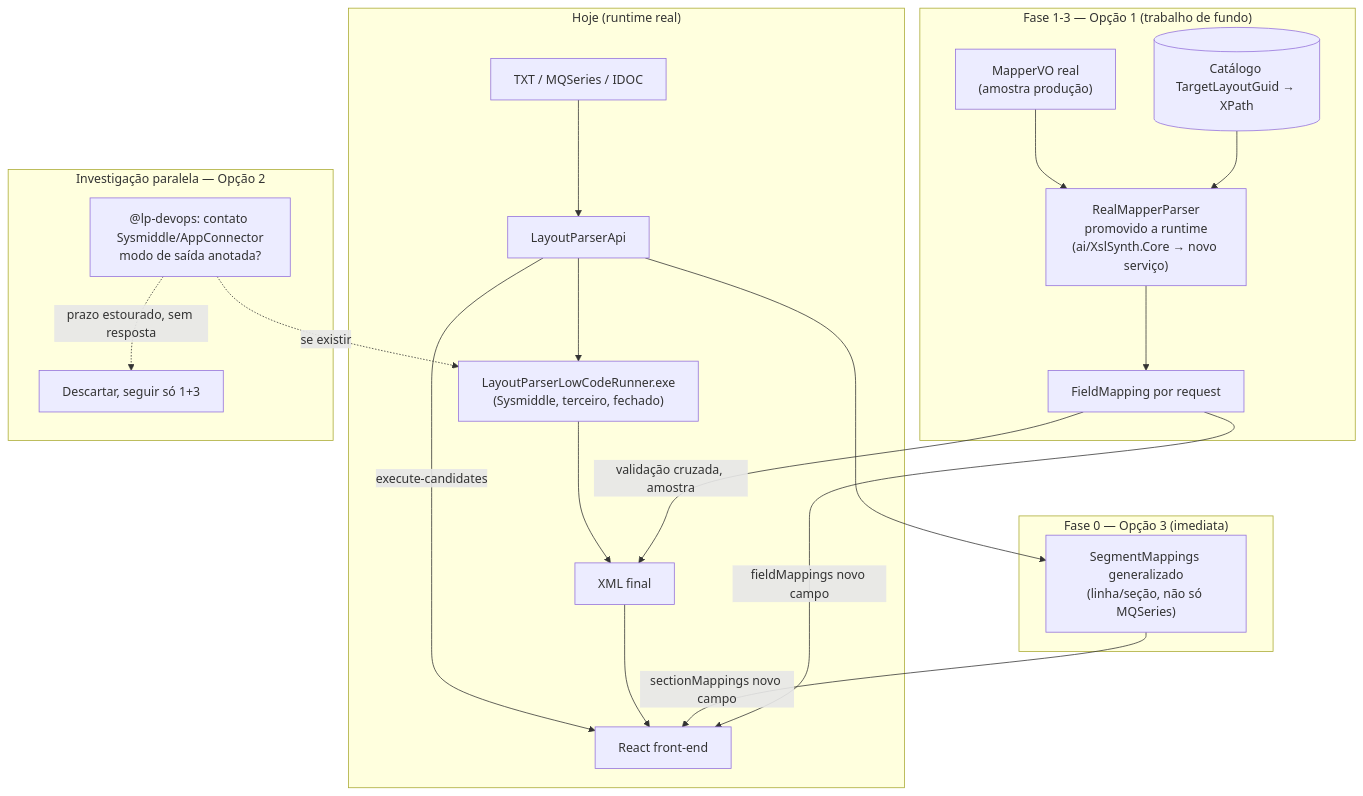
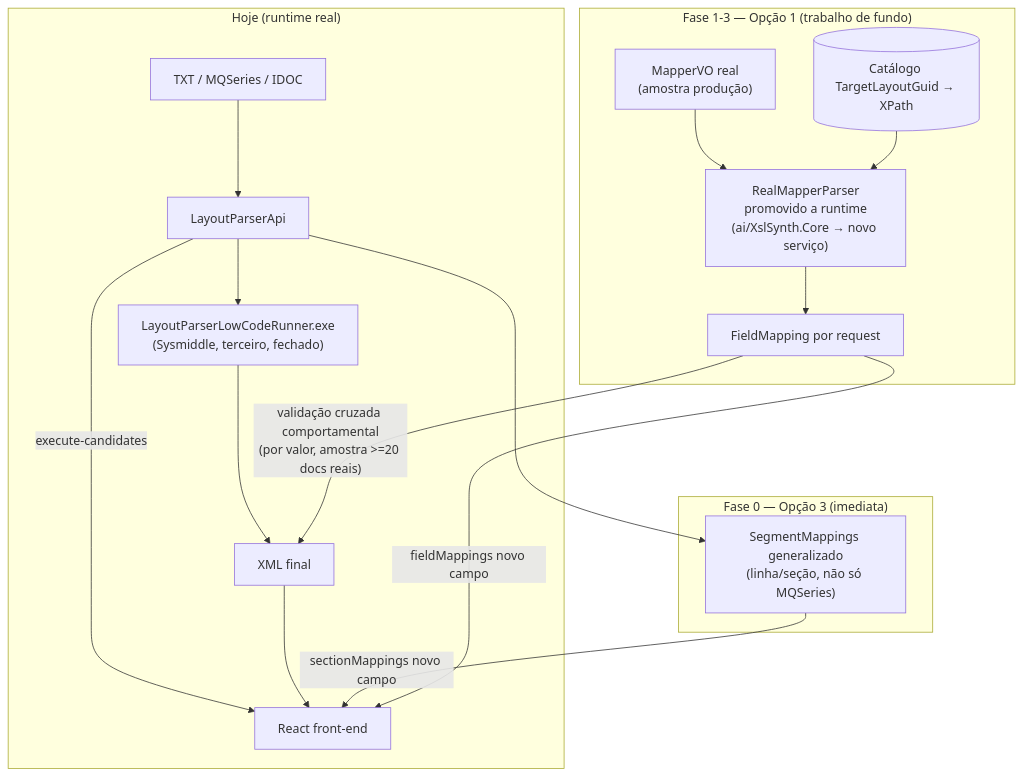
One commit to LayoutParser/LayoutParserApi changed the diagram in docs/architecture/plano-execucao-mapeamento-campo-txt-xml-2026-08-16.md. Above: the diagram before and after it, drawn with Mermaid. The commit also changed other lines of this file, not shown here.

First line of the commit message:
docs(arquitetura): substitui Opcao 2 (contato fornecedor) por validacao comportamental do .exe

````diff
--- a/docs/architecture/plano-execucao-mapeamento-campo-txt-xml-2026-08-16.md
+++ b/docs/architecture/plano-execucao-mapeamento-campo-txt-xml-2026-08-16.md
@@ -37,28 +70,23 @@
 ```mermaid
 flowchart TB
     subgraph hoje["Hoje (runtime real)"]
         TXT[TXT / MQSeries / IDOC] --> API[LayoutParserApi]
         API --> EXE["LayoutParserLowCodeRunner.exe\n(Sysmiddle, terceiro, fechado)"]
         EXE --> XML[XML final]
         API -->|execute-candidates| FRONT[React front-end]
         XML --> FRONT
     end
 
     subgraph fase0["Fase 0 — Opção 3 (imediata)"]
         API --> SEG["SegmentMappings generalizado\n(linha/seção, não só MQSeries)"]
         SEG -->|sectionMappings novo campo| FRONT
     end
 
     subgraph fase1["Fase 1-3 — Opção 1 (trabalho de fundo)"]
         MVO["MapperVO real\n(amostra produção)"] --> PARSER["RealMapperParser\npromovido a runtime\n(ai/XslSynth.Core → novo serviço)"]
         LAYOUT[(Catálogo TargetLayoutGuid → XPath)] --> PARSER
         PARSER --> FM[FieldMapping por request]
-        FM -->|validação cruzada, amostra| XML
+        FM -->|"validação cruzada comportamental\n(por valor, amostra >=20 docs reais)"| XML
         FM -->|fieldMappings novo campo| FRONT
     end
-
-    subgraph paralelo["Investigação paralela — Opção 2"]
-        DEVOPS["@lp-devops: contato Sysmiddle/AppConnector\nmodo de saída anotada?"] -.->|se existir| EXE
-        DEVOPS -.->|prazo estourado, sem resposta| DESCARTA[Descartar, seguir só 1+3]
-    end
 ```
````
